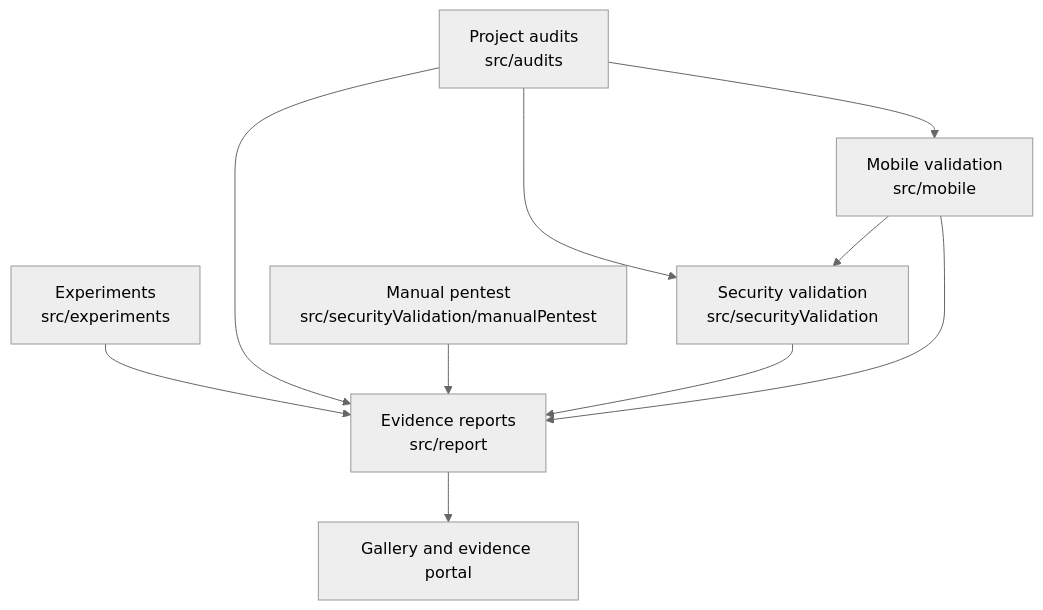
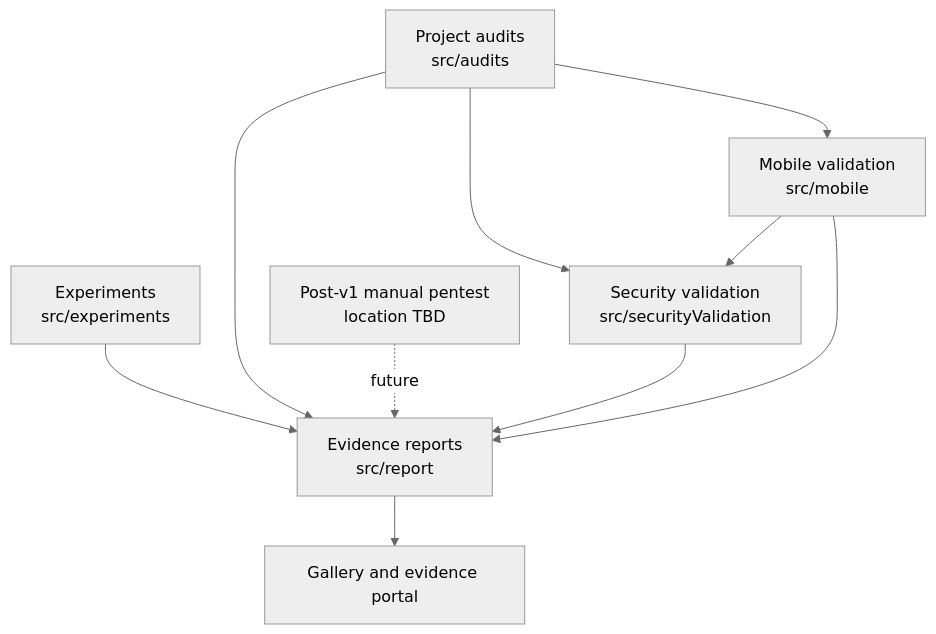
The second of 2 diagrams in docs/ROADMAP.md (dailephd/my-dev-kit-lab), drawn with Mermaid (neutral theme) before and after one commit. The commit also changed other lines of this file and 15 other files, not shown here.

````diff
--- a/docs/ROADMAP.md
+++ b/docs/ROADMAP.md
@@ -1002,12 +1048,12 @@
 ```mermaid
 flowchart TD
   A[Experiments<br/>src/experiments] --> R[Evidence reports<br/>src/report]
   S[Security validation<br/>src/securityValidation] --> R
   M[Mobile validation<br/>src/mobile] --> S
   M --> R
-  P[Manual pentest<br/>src/securityValidation/manualPentest] --> R
+  P[Post-v1 manual pentest<br/>location TBD] -.future.-> R
   Q[Project audits<br/>src/audits] --> R
   Q --> S
   Q --> M
   R --> G[Gallery and evidence portal]
 ```
````
